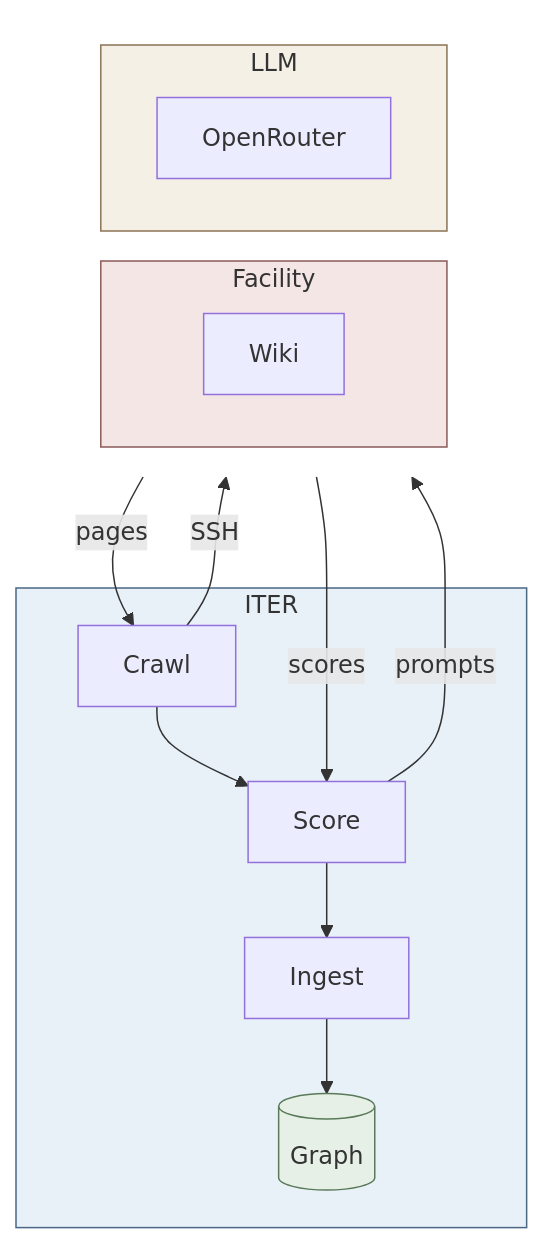
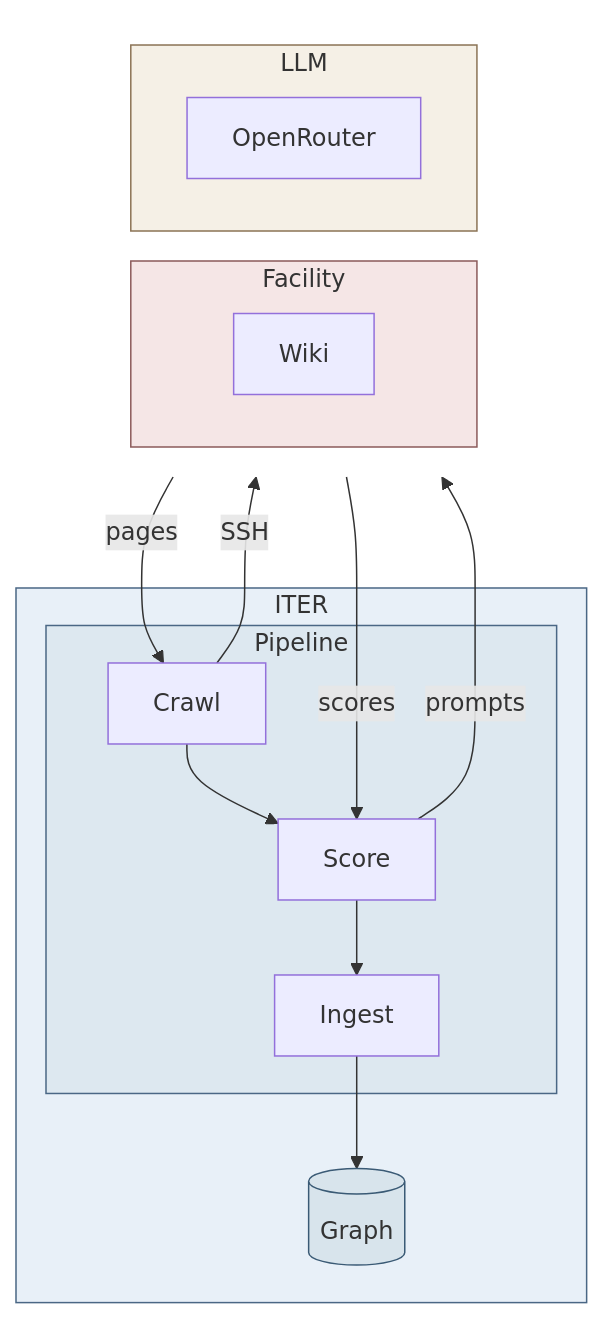
One commit to iterorganization/imas-mcp changed the fifth of 5 diagrams in docs/architecture/facility-access.md. Above: the diagram before and after it, drawn with Mermaid. The commit also changed other lines of this file, not shown here.

First line of the commit message:
docs: match pipeline diagrams to hero graph style

````diff
--- a/docs/architecture/facility-access.md
+++ b/docs/architecture/facility-access.md
@@ -229,33 +235,36 @@
 ```mermaid
 flowchart TB
     subgraph TOP[" "]
         direction LR
         subgraph FAC["Facility"]
             WIKI["Wiki"]
         end
         subgraph LLM["LLM"]
             L["OpenRouter"]
         end
     end
 
     subgraph ITER["ITER"]
-        CRAWL["Crawl"]
-        SCORE["Score"]
-        INGEST["Ingest"]
+        subgraph PIPE["Pipeline"]
+            CRAWL["Crawl"]
+            SCORE["Score"]
+            INGEST["Ingest"]
+        end
         GRAPH[("Graph")]
     end
 
     WIKI -- "pages" --> CRAWL
     CRAWL -- "SSH" --> WIKI
     CRAWL --> SCORE
     SCORE --> INGEST
     INGEST --> GRAPH
     L -- "scores" --> SCORE
     SCORE -- "prompts" --> L
 
     style TOP fill:none,stroke:none
     style FAC fill:#f5e6e6,stroke:#8b5a5a
     style ITER fill:#e8f0f8,stroke:#4a6785
+    style PIPE fill:#dde8f0,stroke:#4a6785
     style LLM fill:#f5f0e6,stroke:#8b7355
-    style GRAPH fill:#e6f0e6,stroke:#5a7a5a
+    style GRAPH fill:#d8e4ec,stroke:#3a5a75
 ```
````
